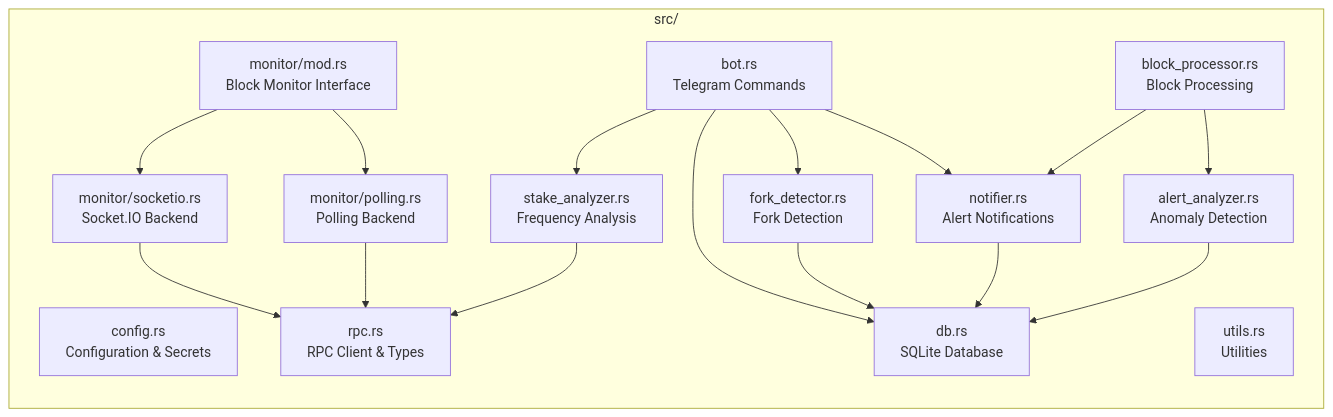
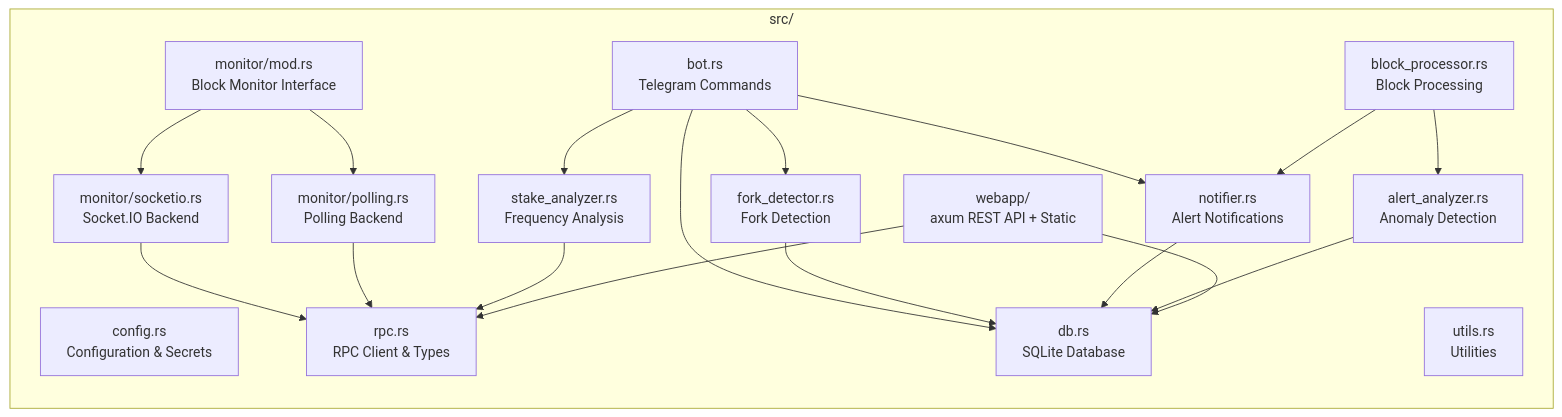
One commit to DiviDomains/stake_watch changed the second of 2 diagrams in README.md. Above: the diagram before and after it, drawn with Mermaid. The commit also changed other lines of this file, not shown here.

````diff
--- a/README.md
+++ b/README.md
@@ -46,33 +53,36 @@
 ```mermaid
 graph LR
     subgraph "src/"
         config["config.rs<br/>Configuration & Secrets"]
         rpc["rpc.rs<br/>RPC Client & Types"]
         monitor["monitor/mod.rs<br/>Block Monitor Interface"]
         socketio["monitor/socketio.rs<br/>Socket.IO Backend"]
         polling["monitor/polling.rs<br/>Polling Backend"]
         bot["bot.rs<br/>Telegram Commands"]
         db["db.rs<br/>SQLite Database"]
         notifier["notifier.rs<br/>Alert Notifications"]
         stake_analyzer["stake_analyzer.rs<br/>Frequency Analysis"]
         block_processor["block_processor.rs<br/>Block Processing"]
         alert_analyzer["alert_analyzer.rs<br/>Anomaly Detection"]
         fork_detector["fork_detector.rs<br/>Fork Detection"]
+        webapp["webapp/<br/>axum REST API + Static"]
         utils["utils.rs<br/>Utilities"]
     end
 
     monitor --> socketio
     monitor --> polling
     socketio --> rpc
     polling --> rpc
     bot --> notifier
     bot --> stake_analyzer
     bot --> fork_detector
     block_processor --> alert_analyzer
     block_processor --> notifier
     bot --> db
     fork_detector --> db
     notifier --> db
     stake_analyzer --> rpc
     alert_analyzer --> db
+    webapp --> db
+    webapp --> rpc
 ```
````
